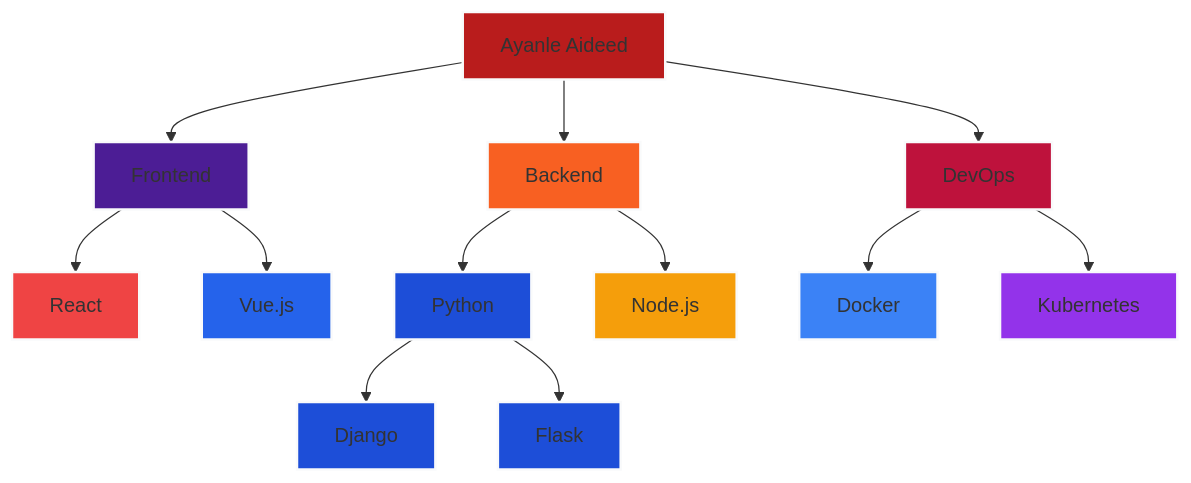
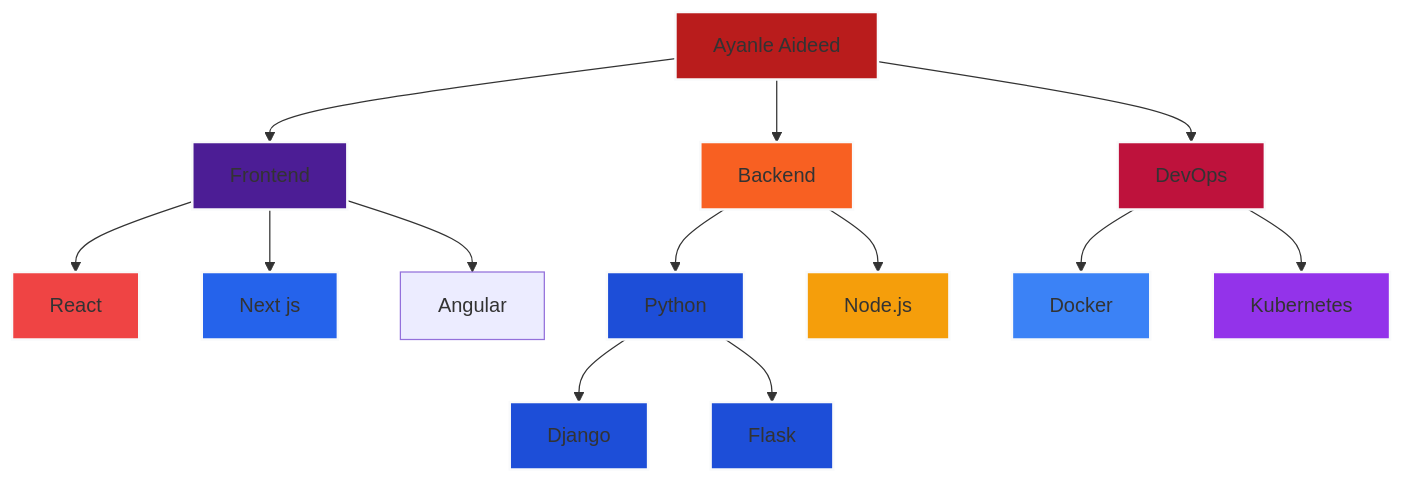
One commit to Ayanleaideed/Ayanleaideed changed the diagram in README.md. Above: the diagram before and after it, drawn with Mermaid.

````diff
--- a/README.md
+++ b/README.md
@@ -126,30 +126,31 @@
 ```mermaid
 graph TD
     A[Ayanle Aideed] --> B[Frontend]
     A --> C[Backend]
     A --> D[DevOps]
     B --> E[React]
-    B --> F[Vue.js]
+    B --> F[Next js]
+    B --> N[Angular]
     C --> G[Python]
     C --> H[Node.js]
     D --> I[Docker]
     D --> J[Kubernetes]
     G --> L[Django]
     G --> M[Flask]
 
     style A fill:#b91c1c,stroke:#F9FAFB,stroke-width:2px
     style B fill:#4c1d95,stroke:#F9FAFB,stroke-width:2px
     style C fill:#f86022,stroke:#F9FAFB,stroke-width:2px
     style D fill:#be123c,stroke:#F9FAFB,stroke-width:2px
     style E fill:#EF4444,stroke:#F9FAFB,stroke-width:2px
     style F fill:#2563eb,stroke:#F9FAFB,stroke-width:2px
     style G fill:#1d4ed8,stroke:#F9FAFB,stroke-width:2px
     style H fill:#F59E0B,stroke:#F9FAFB,stroke-width:2px
     style I fill:#3B82F6,stroke:#F9FAFB,stroke-width:2px
     style J fill:#9333EA,stroke:#F9FAFB,stroke-width:2px
     style L fill:#1d4ed8,stroke:#F9FAFB,stroke-width:2px
     style M fill:#1d4ed8,stroke:#F9FAFB,stroke-width:2px
 
 
 
 ```
````
